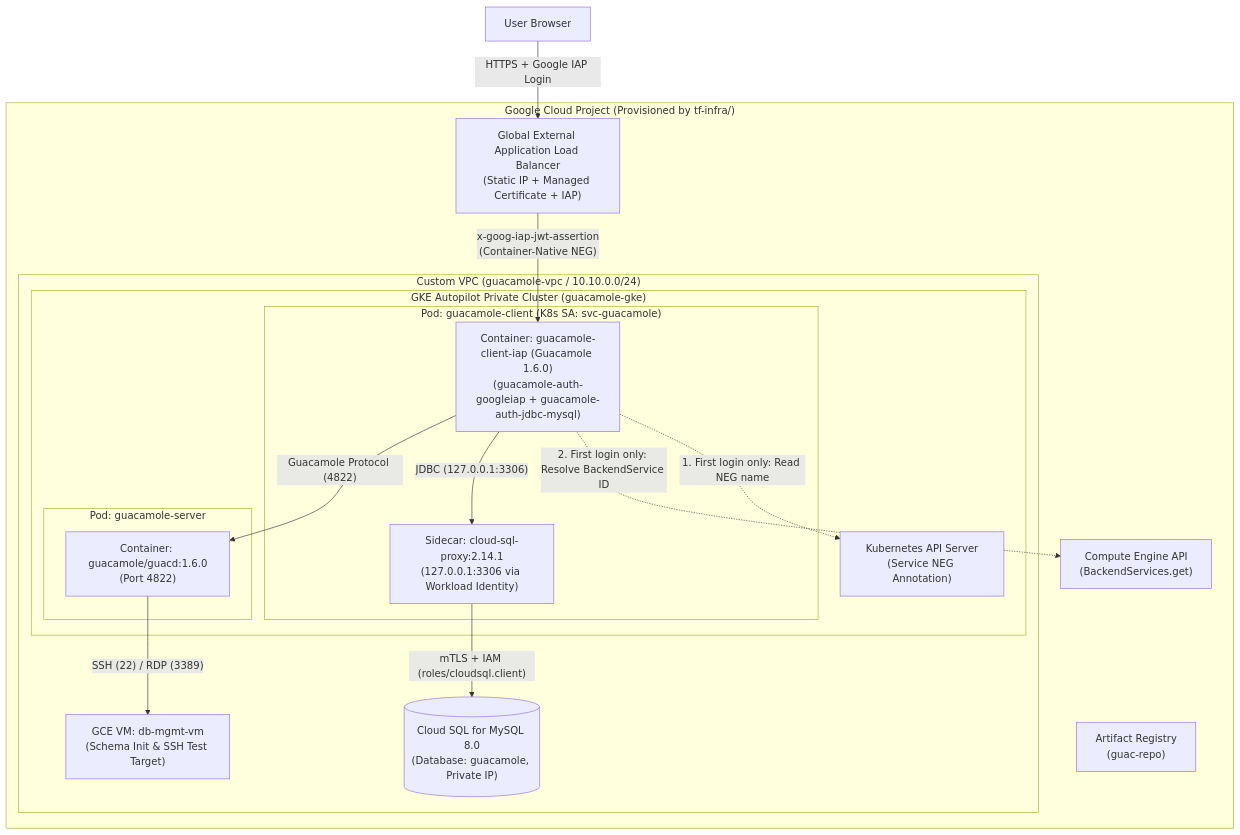
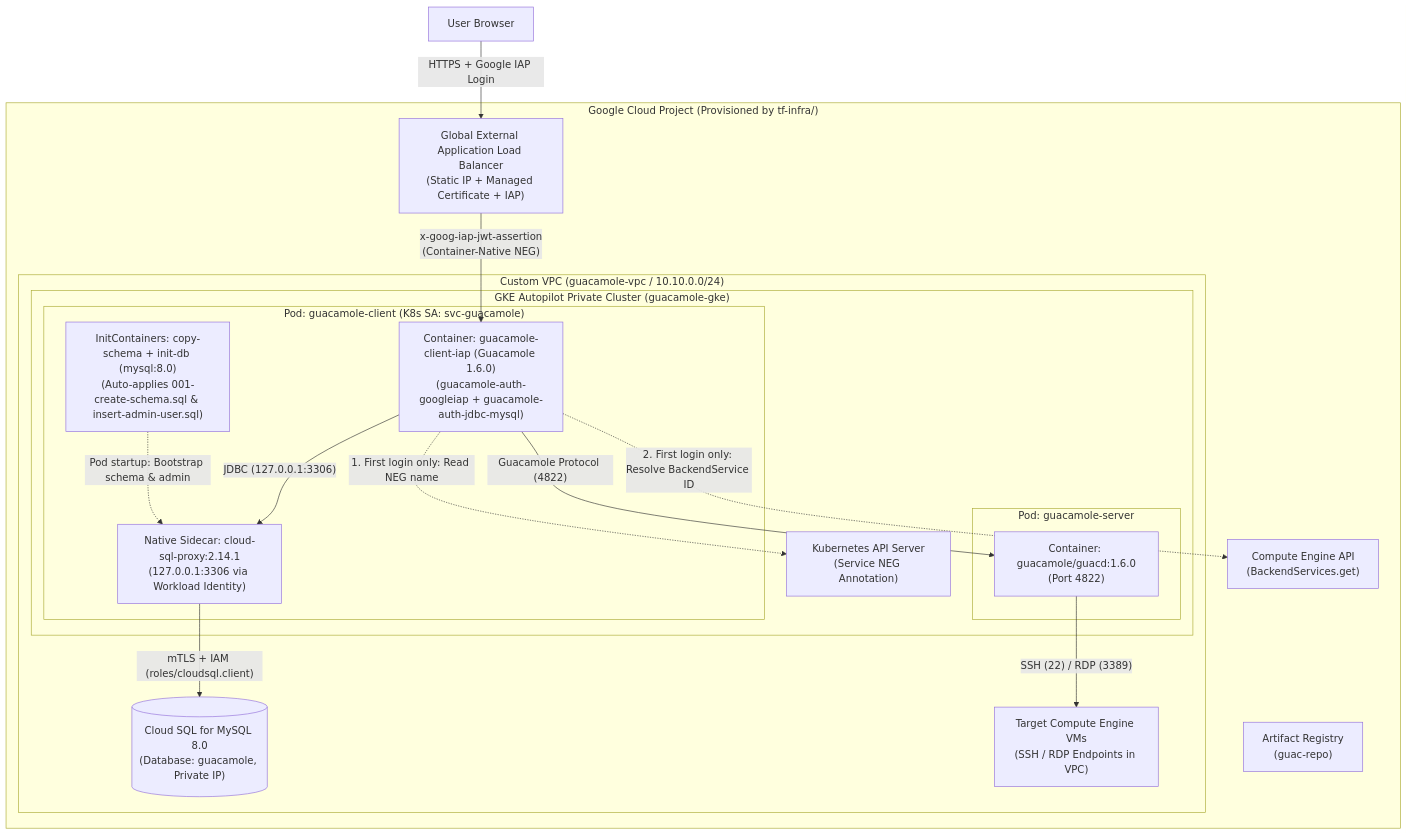
Before and after one commit to GoogleCloudPlatform/guacamole-on-gcp: the diagram in README.md, drawn with Mermaid. The commit also changed other lines of this file and 10 other files, not shown here.

Commit message:
Automate MySQL schema and admin user bootstrap via GKE initContainers

````diff
--- a/README.md
+++ b/README.md
@@ -11,34 +11,36 @@
 ```mermaid
 flowchart TB
     User["User Browser"]
     subgraph GCP["Google Cloud Project (Provisioned by tf-infra/)"]
         GLB["Global External Application Load Balancer<br/>(Static IP + Managed Certificate + IAP)"]
         ComputeAPI["Compute Engine API<br/>(BackendServices.get)"]
         AR["Artifact Registry<br/>(guac-repo)"]
 
         subgraph VPC["Custom VPC (guacamole-vpc / 10.10.0.0/24)"]
             subgraph GKE["GKE Autopilot Private Cluster (guacamole-gke)"]
                 K8sAPI["Kubernetes API Server<br/>(Service NEG Annotation)"]
                 subgraph PodClient["Pod: guacamole-client (K8s SA: svc-guacamole)"]
+                    InitDB["InitContainers: copy-schema + init-db (mysql:8.0)<br/>(Auto-applies 001-create-schema.sql & insert-admin-user.sql)"]
                     GuacClient["Container: guacamole-client-iap (Guacamole 1.6.0)<br/>(guacamole-auth-googleiap + guacamole-auth-jdbc-mysql)"]
-                    SQLProxy["Sidecar: cloud-sql-proxy:2.14.1<br/>(127.0.0.1:3306 via Workload Identity)"]
+                    SQLProxy["Native Sidecar: cloud-sql-proxy:2.14.1<br/>(127.0.0.1:3306 via Workload Identity)"]
                 end
                 subgraph PodServer["Pod: guacamole-server"]
                     Guacd["Container: guacamole/guacd:1.6.0<br/>(Port 4822)"]
                 end
             end
 
             CloudSQL[("Cloud SQL for MySQL 8.0<br/>(Database: guacamole, Private IP)")]
-            MgmtVM["GCE VM: db-mgmt-vm<br/>(Schema Init & SSH Test Target)"]
+            TargetVMs["Target Compute Engine VMs<br/>(SSH / RDP Endpoints in VPC)"]
         end
     end
 
     User -->|"HTTPS + Google IAP Login"| GLB
     GLB -->|"x-goog-iap-jwt-assertion<br/>(Container-Native NEG)"| GuacClient
     GuacClient -.->|"1. First login only: Read NEG name"| K8sAPI
     GuacClient -.->|"2. First login only: Resolve BackendService ID"| ComputeAPI
+    InitDB -.->|"Pod startup: Bootstrap schema & admin"| SQLProxy
     GuacClient -->|"JDBC (127.0.0.1:3306)"| SQLProxy
     SQLProxy -->|"mTLS + IAM (roles/cloudsql.client)"| CloudSQL
     GuacClient -->|"Guacamole Protocol (4822)"| Guacd
-    Guacd -->|"SSH (22) / RDP (3389)"| MgmtVM
+    Guacd -->|"SSH (22) / RDP (3389)"| TargetVMs
 ```
````
